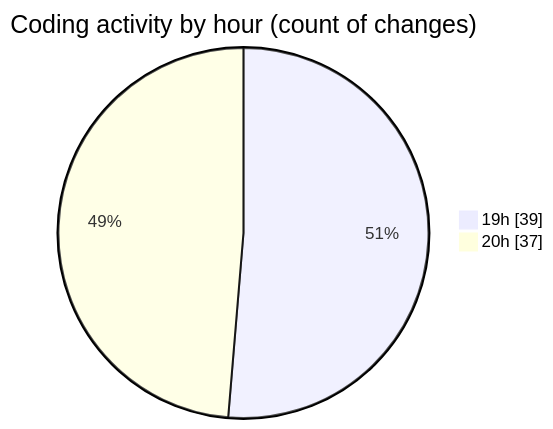
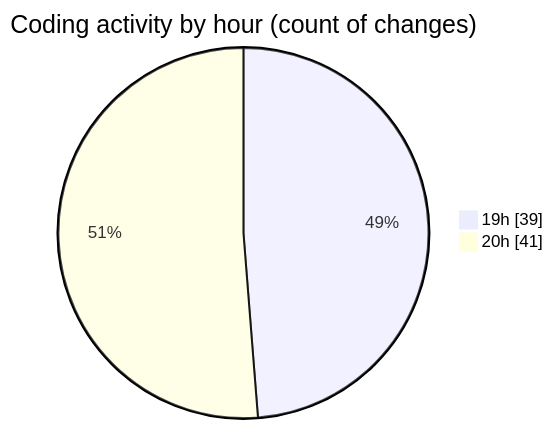
One commit to momahboobian/code-tracking changed the second of 2 diagrams in 2026-06-16/cda/README.md. Above: the diagram before and after it, drawn with Mermaid. The commit also changed other lines of this file and 1 other file, not shown here.

````diff
--- a/2026-06-16/cda/README.md
+++ b/2026-06-16/cda/README.md
@@ -56,6 +57,6 @@
 ```mermaid
 pie showData
 title Coding activity by hour (count of changes)
 "19h" : 39
-"20h" : 37
+"20h" : 41
 ```
````
